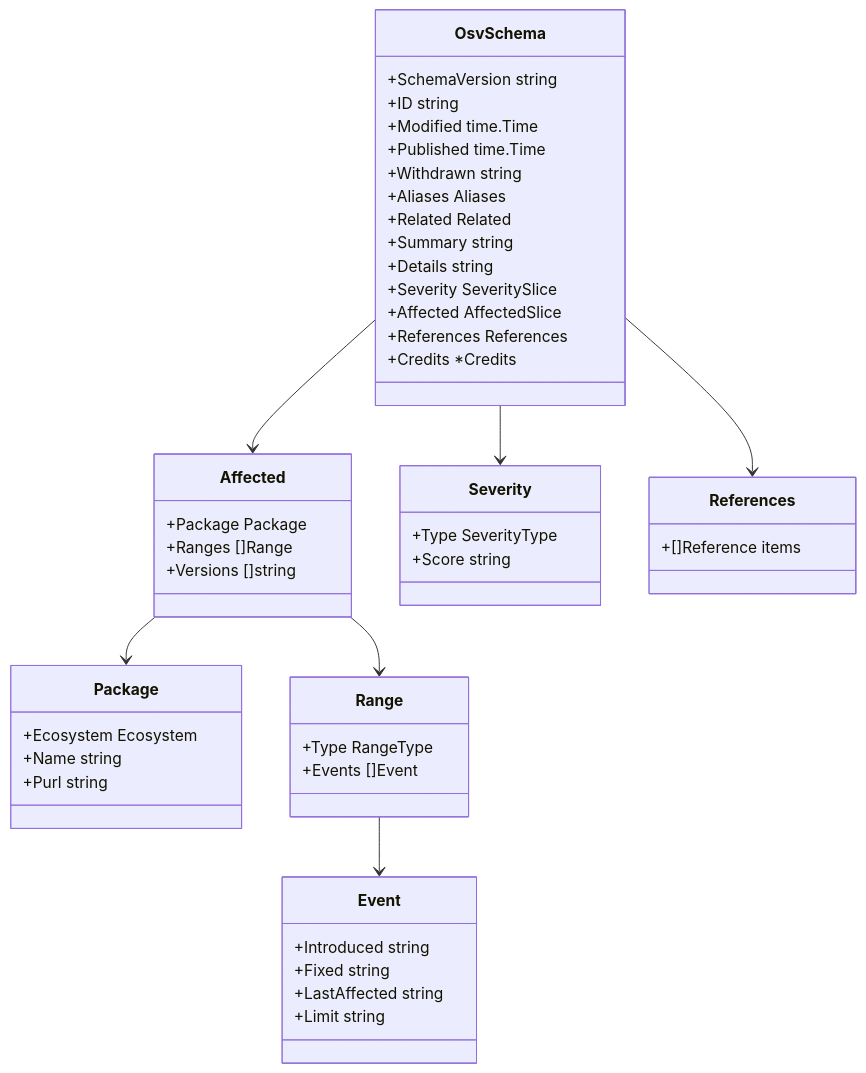
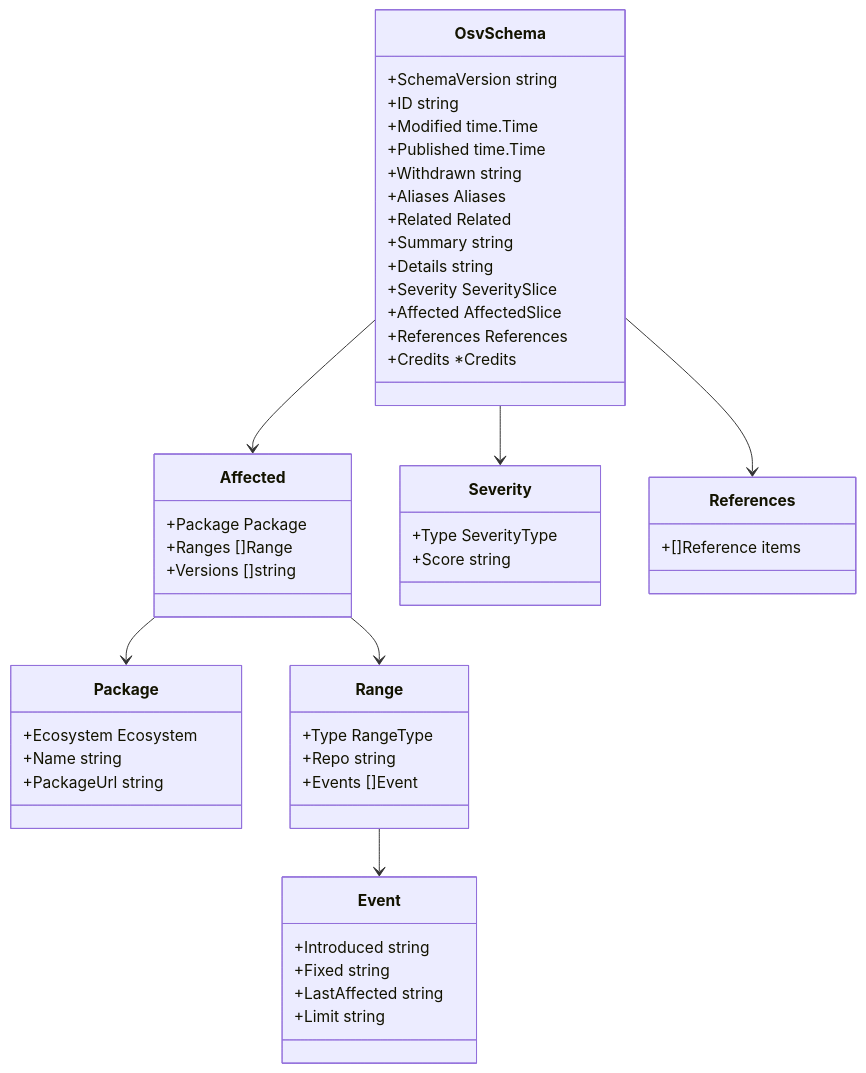
The third of 13 diagrams in website/reference/osv-schema.md (scagogogo/osv-schema-skills), drawn with Mermaid before and after one commit. The commit also changed 1 other file, not shown here.

Commit message:
docs(website): fix classDiagram — PackageUrl field name + Range.Repo (EN+ZH)
Verified against source (package.go:103, range.go):
- Package field is 'PackageUrl' (Go name) with json tag 'purl'; the
  classDiagram uses Go field names so 'Purl' was wrong.
- Range struct also has a 'Repo' field, missing from the diagram.
Also confirmed schema version 1.4.0 (cmd/osv/version.go:11).

````diff
--- a/website/reference/osv-schema.md
+++ b/website/reference/osv-schema.md
@@ -59,51 +59,52 @@
 ```mermaid
 classDiagram
   class OsvSchema {
     +SchemaVersion string
     +ID string
     +Modified time.Time
     +Published time.Time
     +Withdrawn string
     +Aliases Aliases
     +Related Related
     +Summary string
     +Details string
     +Severity SeveritySlice
     +Affected AffectedSlice
     +References References
     +Credits *Credits
   }
   class Affected {
     +Package Package
     +Ranges []Range
     +Versions []string
   }
   class Package {
     +Ecosystem Ecosystem
     +Name string
-    +Purl string
+    +PackageUrl string
   }
   class Range {
     +Type RangeType
+    +Repo string
     +Events []Event
   }
   class Event {
     +Introduced string
     +Fixed string
     +LastAffected string
     +Limit string
   }
   class Severity {
     +Type SeverityType
     +Score string
   }
   class References {
     +[]Reference items
   }
   OsvSchema --> Affected
   OsvSchema --> Severity
   OsvSchema --> References
   Affected --> Package
   Affected --> Range
   Range --> Event
 ```
````
